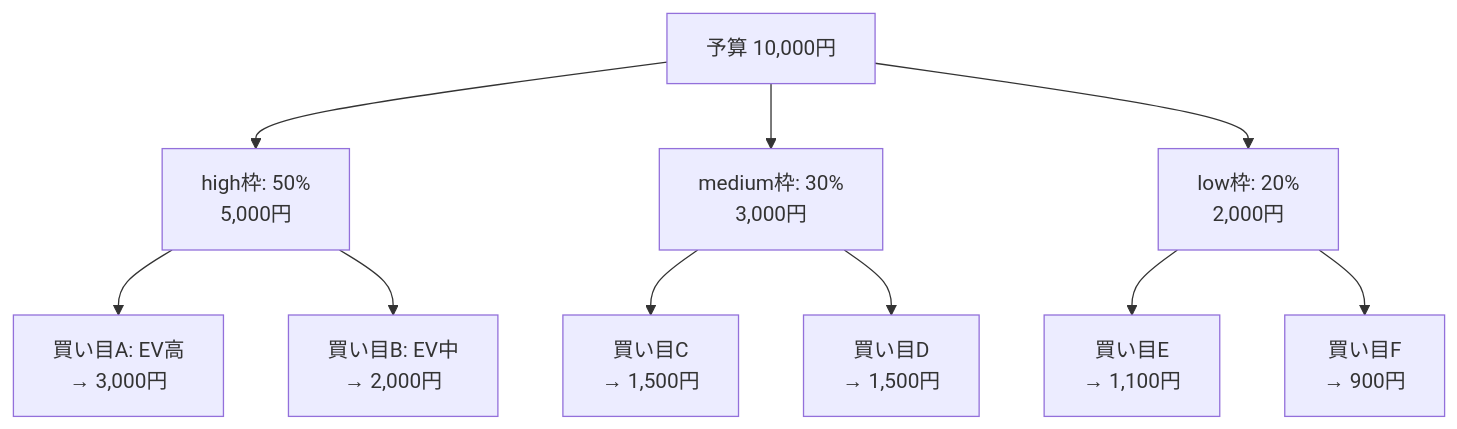
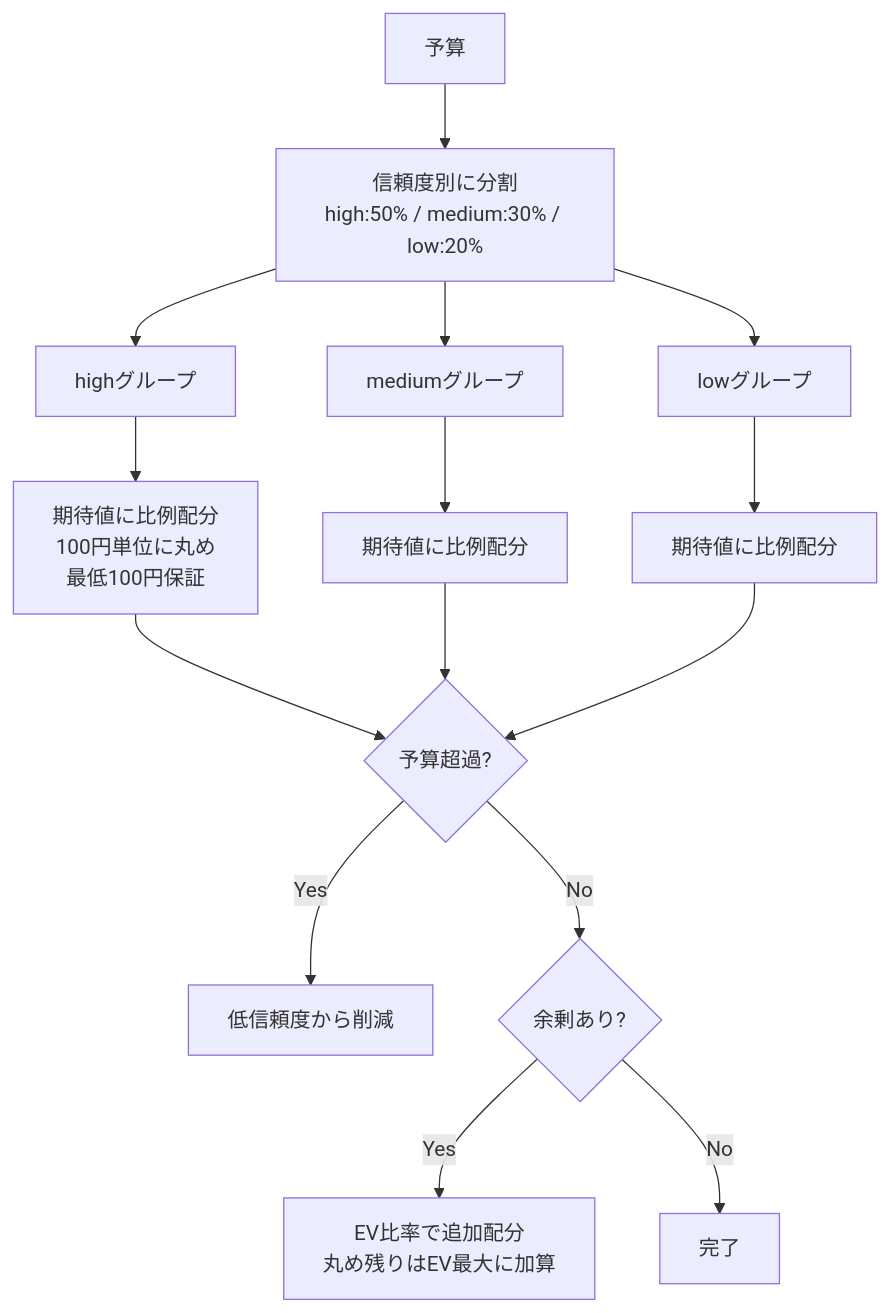
One commit to foie0222/baken-kaigi changed the tenth of 10 diagrams in docs/bet-proposal-logic.md. Above: the diagram before and after it, drawn with Mermaid. The commit also changed other lines of this file, not shown here.

````diff
--- a/docs/bet-proposal-logic.md
+++ b/docs/bet-proposal-logic.md
@@ -240,13 +574,20 @@
 ```mermaid
 flowchart TD
-    B[予算 10,000円] --> H[high枠: 50%<br>5,000円]
-    B --> M[medium枠: 30%<br>3,000円]
-    B --> L[low枠: 20%<br>2,000円]
+    B[予算] --> SPLIT[信頼度別に分割<br>high:50% / medium:30% / low:20%]
+    SPLIT --> H[highグループ]
+    SPLIT --> M[mediumグループ]
+    SPLIT --> L[lowグループ]
 
-    H --> H1[買い目A: EV高<br>→ 3,000円]
-    H --> H2[買い目B: EV中<br>→ 2,000円]
-    M --> M1[買い目C<br>→ 1,500円]
-    M --> M2[買い目D<br>→ 1,500円]
-    L --> L1[買い目E<br>→ 1,100円]
-    L --> L2[買い目F<br>→ 900円]
+    H --> EV_H[期待値に比例配分<br>100円単位に丸め<br>最低100円保証]
+    M --> EV_M[期待値に比例配分]
+    L --> EV_L[期待値に比例配分]
+
+    EV_H --> CHECK{予算超過?}
+    EV_M --> CHECK
+    EV_L --> CHECK
+
+    CHECK -->|Yes| REDUCE[低信頼度から削減]
+    CHECK -->|No| REMAIN{余剰あり?}
+    REMAIN -->|Yes| ADD[EV比率で追加配分<br>丸め残りはEV最大に加算]
+    REMAIN -->|No| DONE[完了]
 ```
````
